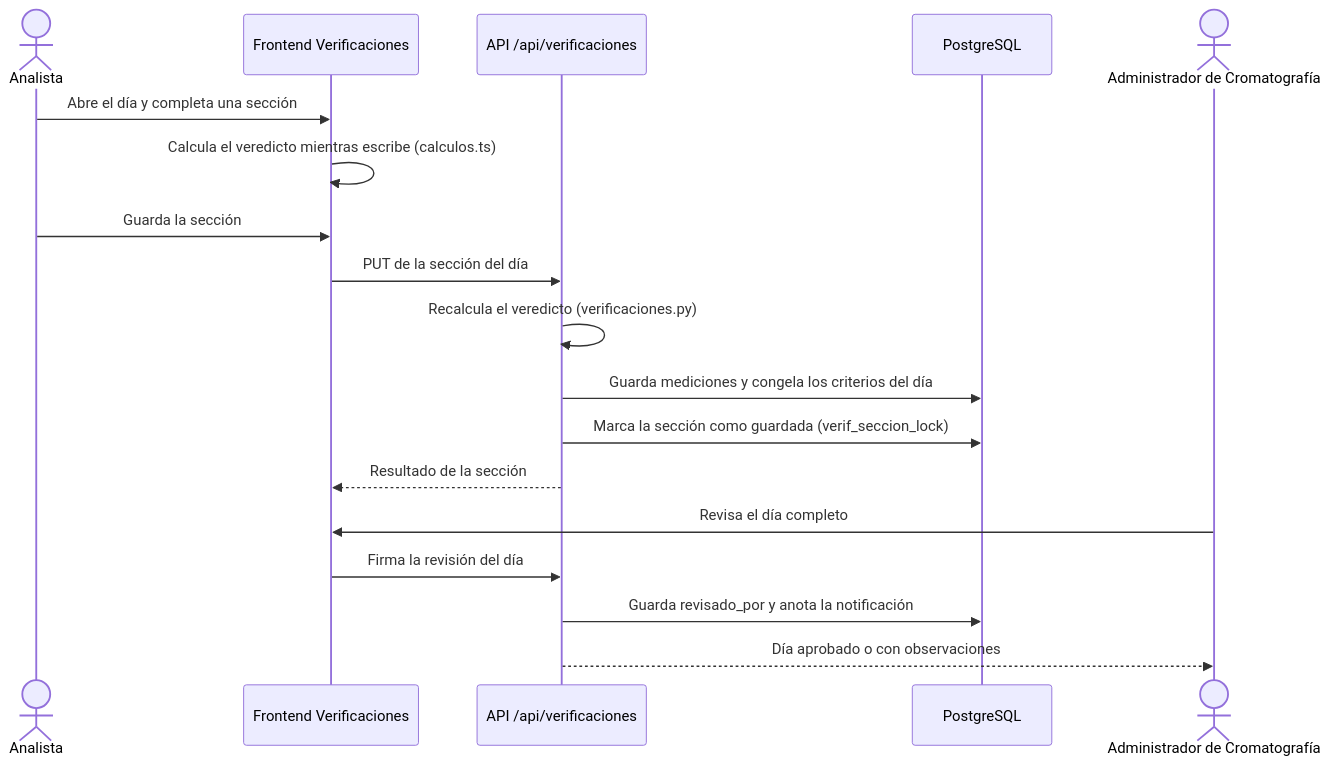
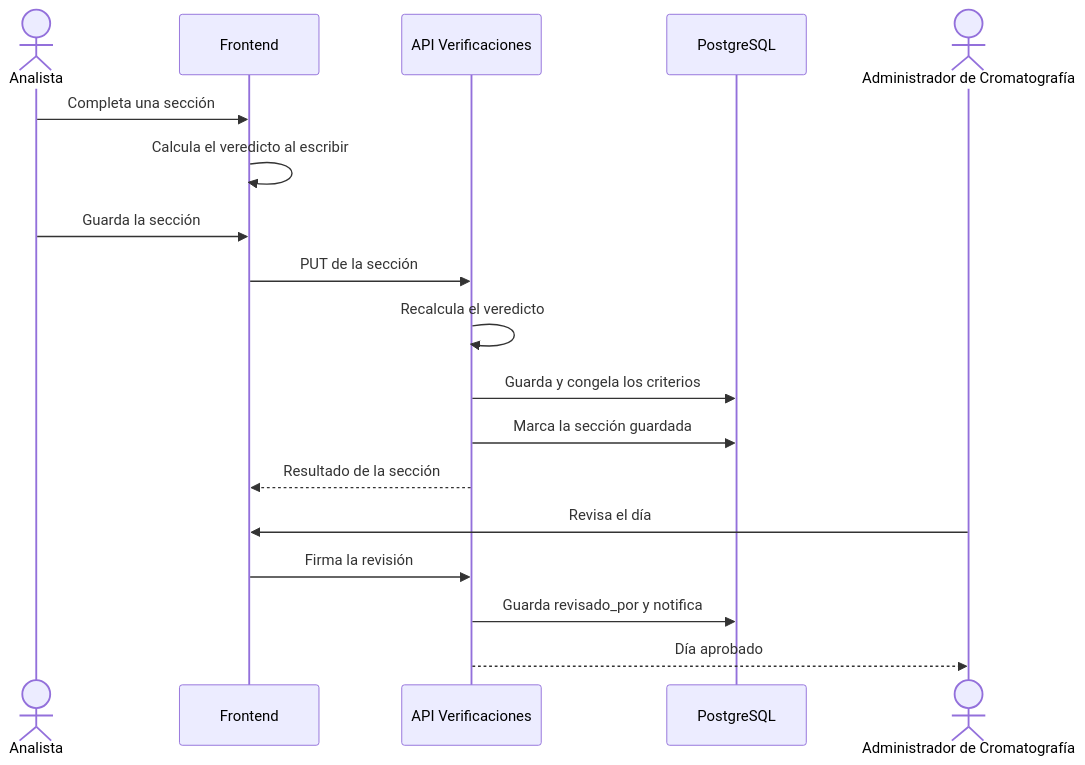
One commit to JSSAgrofresh/agrofresh_report_hub changed the diagram in docs/documentacion/diagramas/sec5_verificaciones.mmd. Above: the diagram before and after it, drawn with Mermaid. The commit also changed 42 other files, not shown here.

```diff
--- a/docs/documentacion/diagramas/sec5_verificaciones.mmd
+++ b/docs/documentacion/diagramas/sec5_verificaciones.mmd
@@ -1,18 +1,18 @@
 sequenceDiagram
     actor analista as Analista
-    participant front as Frontend Verificaciones
-    participant api as API /api/verificaciones
-    participant bd as PostgreSQL
+    participant front as Frontend
+    participant api as API Verificaciones
+    participant datos as PostgreSQL
     actor jefe as Administrador de Cromatografía
-    analista->>front: Abre el día y completa una sección
-    front->>front: Calcula el veredicto mientras escribe (calculos.ts)
+    analista->>front: Completa una sección
+    front->>front: Calcula el veredicto al escribir
     analista->>front: Guarda la sección
-    front->>api: PUT de la sección del día
-    api->>api: Recalcula el veredicto (verificaciones.py)
-    api->>bd: Guarda mediciones y congela los criterios del día
-    api->>bd: Marca la sección como guardada (verif_seccion_lock)
+    front->>api: PUT de la sección
+    api->>api: Recalcula el veredicto
+    api->>datos: Guarda y congela los criterios
+    api->>datos: Marca la sección guardada
     api-->>front: Resultado de la sección
-    jefe->>front: Revisa el día completo
-    front->>api: Firma la revisión del día
-    api->>bd: Guarda revisado_por y anota la notificación
-    api-->>jefe: Día aprobado o con observaciones
+    jefe->>front: Revisa el día
+    front->>api: Firma la revisión
+    api->>datos: Guarda revisado_por y notifica
+    api-->>jefe: Día aprobado
```
